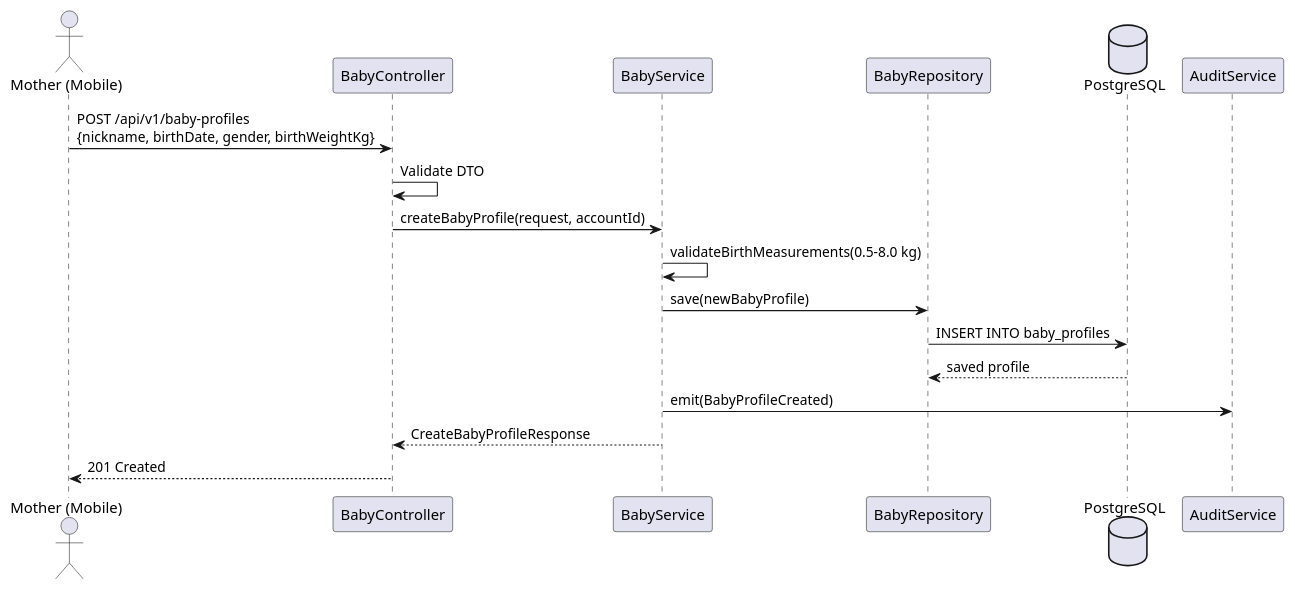
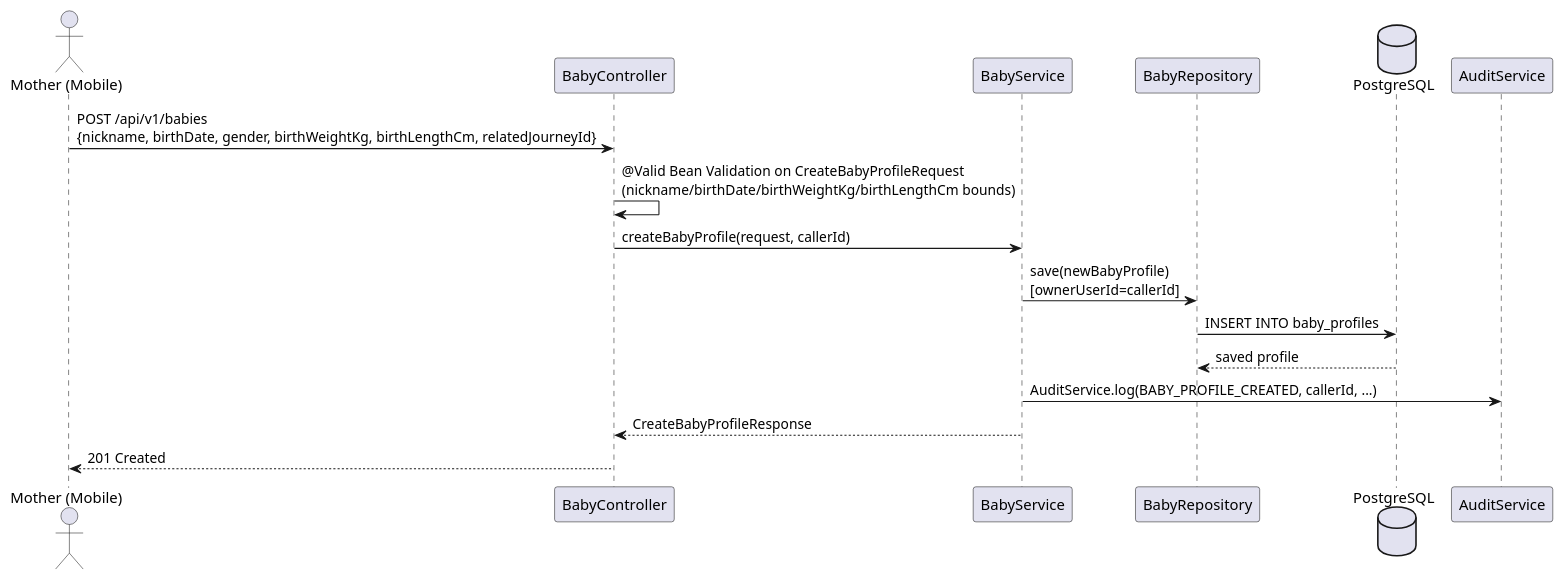
One commit to ChuongBDHE172784/CareBridge_SEP490_G79 changed the second of 3 diagrams in 04_Implement/UC31_CreateBabyProfile/UC31_CreateBabyProfile_TDS.md. Above: the diagram before and after it, drawn with PlantUML. The commit also changed other lines of this file and 95 other files, not shown here.

````diff
--- a/04_Implement/UC31_CreateBabyProfile/UC31_CreateBabyProfile_TDS.md
+++ b/04_Implement/UC31_CreateBabyProfile/UC31_CreateBabyProfile_TDS.md
@@ -217,21 +215,20 @@
 ```plantuml
 @startuml CreateBabyProfile_HappyPath
 actor "Mother (Mobile)" as Client
 participant "BabyController" as Controller
 participant "BabyService" as Service
 participant "BabyRepository" as Repo
 database "PostgreSQL" as DB
 participant "AuditService" as Audit
 
-Client -> Controller : POST /api/v1/baby-profiles\n{nickname, birthDate, gender, birthWeightKg}
-Controller -> Controller : Validate DTO
-Controller -> Service : createBabyProfile(request, accountId)
-Service -> Service : validateBirthMeasurements(0.5–8.0 kg)
-Service -> Repo : save(newBabyProfile)
+Client -> Controller : POST /api/v1/babies\n{nickname, birthDate, gender, birthWeightKg, birthLengthCm, relatedJourneyId}
+Controller -> Controller : @Valid Bean Validation on CreateBabyProfileRequest\n(nickname/birthDate/birthWeightKg/birthLengthCm bounds)
+Controller -> Service : createBabyProfile(request, callerId)
+Service -> Repo : save(newBabyProfile)\n[ownerUserId=callerId]
 Repo -> DB : INSERT INTO baby_profiles
 DB --> Repo : saved profile
-Service -> Audit : emit(BabyProfileCreated)
+Service -> Audit : AuditService.log(BABY_PROFILE_CREATED, callerId, ...)
 Service --> Controller : CreateBabyProfileResponse
 Controller --> Client : 201 Created
 @enduml
 ```
````
